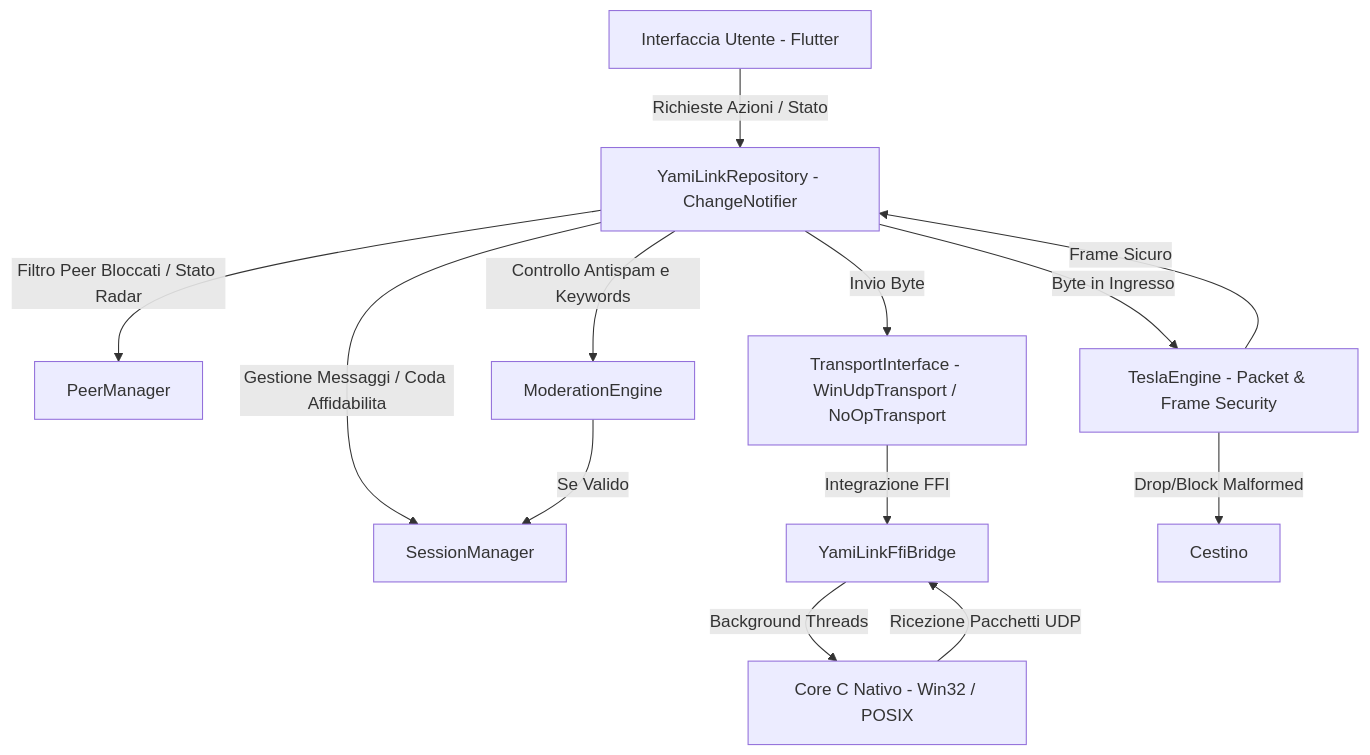
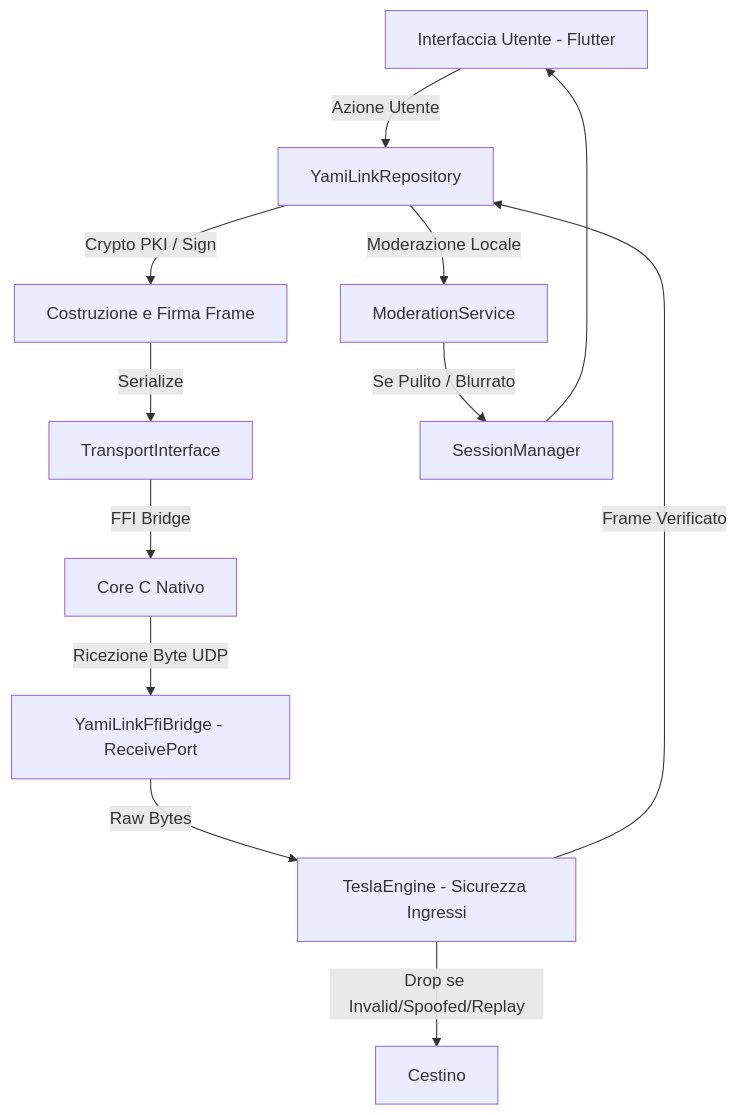
The diagram in README.md (biagio-scaglia/YamiLink), drawn with Mermaid before and after one commit. The commit also changed other lines of this file and 11 other files, not shown here.

````diff
--- a/README.md
+++ b/README.md
@@ -29,15 +40,15 @@
 ```mermaid
 graph TD
-    UI[Interfaccia Utente - Flutter] --> |Richieste Azioni / Stato| Repo[YamiLinkRepository - ChangeNotifier]
-    Repo --> |Filtro Peer Bloccati / Stato Radar| PM[PeerManager]
-    Repo --> |Gestione Messaggi / Coda Affidabilita| SM[SessionManager]
-    Repo --> |Invio Byte| Trans[TransportInterface - WinUdpTransport / NoOpTransport]
-    Trans --> |Integrazione FFI| FFI[YamiLinkFfiBridge]
-    FFI --> |Background Threads| C[Core C Nativo - Win32 / POSIX]
-    C --> |Ricezione Pacchetti UDP| FFI
-    Repo --> |Byte in Ingresso| Tesla[TeslaEngine - Packet & Frame Security]
-    Tesla --> |Drop/Block Malformed| Discard[Cestino]
-    Tesla --> |Frame Sicuro| Repo
-    Repo --> |Controllo Antispam e Keywords| Mod[ModerationEngine]
-    Mod --> |Se Valido| SM
+    UI[Interfaccia Utente - Flutter] --> |Azione Utente| Repo[YamiLinkRepository]
+    Repo --> |Crypto PKI / Sign| Frame[Costruzione e Firma Frame]
+    Frame --> |Serialize| Trans[TransportInterface]
+    Trans --> |FFI Bridge| C[Core C Nativo]
+    
+    C --> |Ricezione Byte UDP| FFI[YamiLinkFfiBridge - ReceivePort]
+    FFI --> |Raw Bytes| Tesla[TeslaEngine - Sicurezza Ingressi]
+    Tesla --> |Drop se Invalid/Spoofed/Replay| Discard[Cestino]
+    Tesla --> |Frame Verificato| Repo
+    Repo --> |Moderazione Locale| Mod[ModerationService]
+    Mod --> |Se Pulito / Blurrato| SM[SessionManager]
+    SM --> UI
 ```
````
